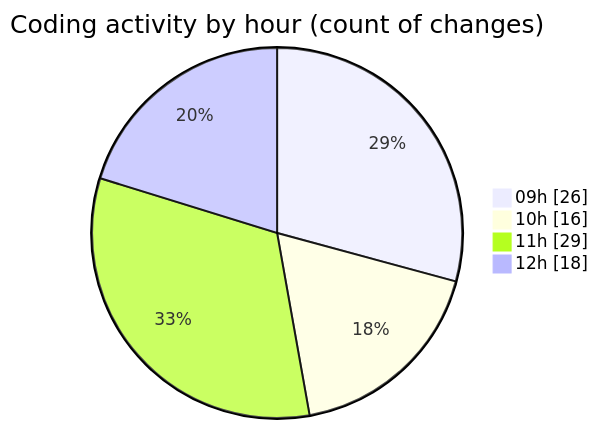
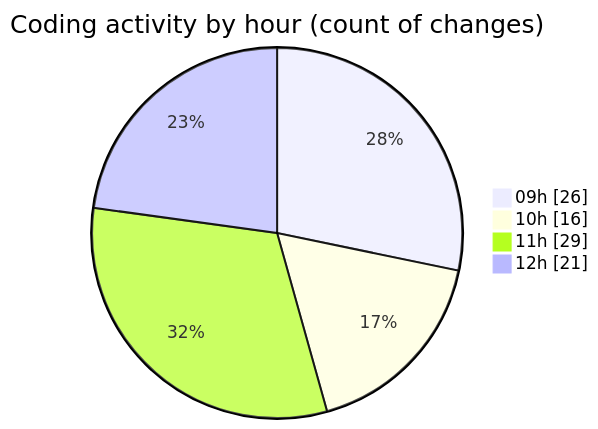
The second of 2 diagrams in 2025-11-17/cda/README.md (momahboobian/code-tracking), drawn with Mermaid before and after one commit. The commit also changed other lines of this file and 1 other file, not shown here.

````diff
--- a/2025-11-17/cda/README.md
+++ b/2025-11-17/cda/README.md
@@ -37,8 +37,8 @@
 ```mermaid
 pie showData
 title Coding activity by hour (count of changes)
 "09h" : 26
 "10h" : 16
 "11h" : 29
-"12h" : 18
+"12h" : 21
 ```
````
